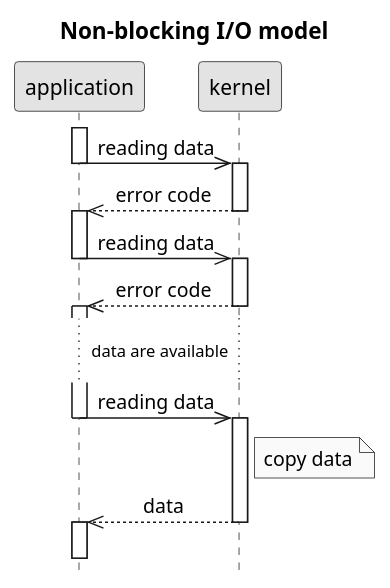
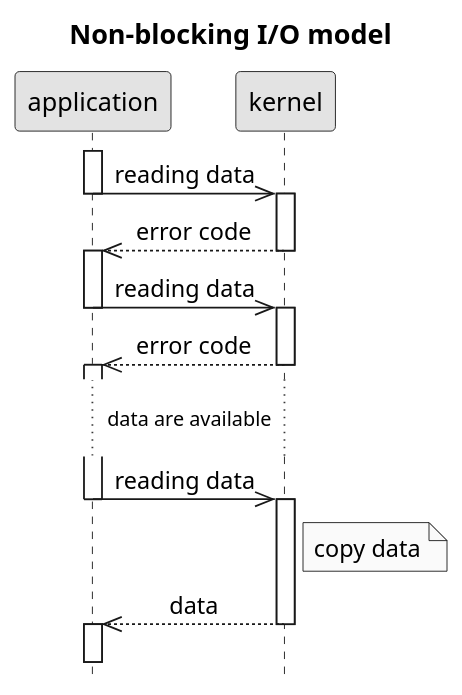
The diagram in .images/non-blocking IO model.puml (c0p4c4b4n4/demo-sockets-io-nio-nio2), drawn with PlantUML before and after one commit. The commit also changed 9 other files, not shown here.

```diff
--- a/.images/non-blocking IO model.puml
+++ b/.images/non-blocking IO model.puml
@@ -1,35 +1,36 @@
 @startuml
+scale 1.2
 title Non-blocking I/O model
 hide footbox
 skinparam monochrome true
 skinparam defaultFontName Microsoft Sans Serif
 skinparam titleFontSize 15
 skinparam sequenceMessageAlign center
 
 activate application
 application->>kernel: reading data
 deactivate application
 activate kernel
 kernel-->>application: error code
 deactivate kernel
 activate application
 
 application->>kernel: reading data
 deactivate application
 activate kernel
 kernel-->>application: error code
 deactivate kernel
 activate application
 
 ... data are available ...
 
 application->>kernel: reading data
 deactivate application
 activate kernel
 Note right of kernel: copy data
 kernel-->>application: data
 deactivate kernel
 activate application
 
-||15||
+||12||
 @enduml
```
